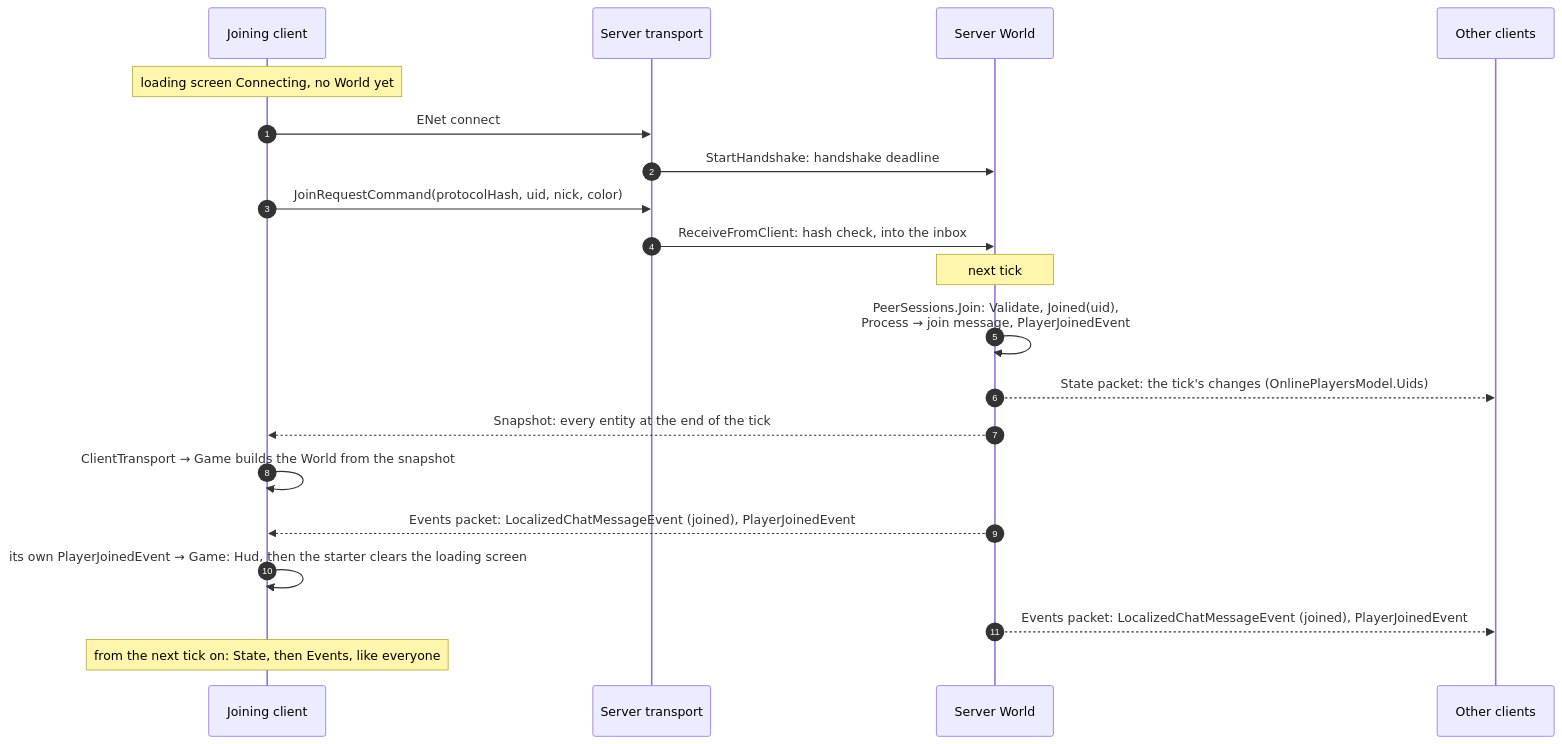
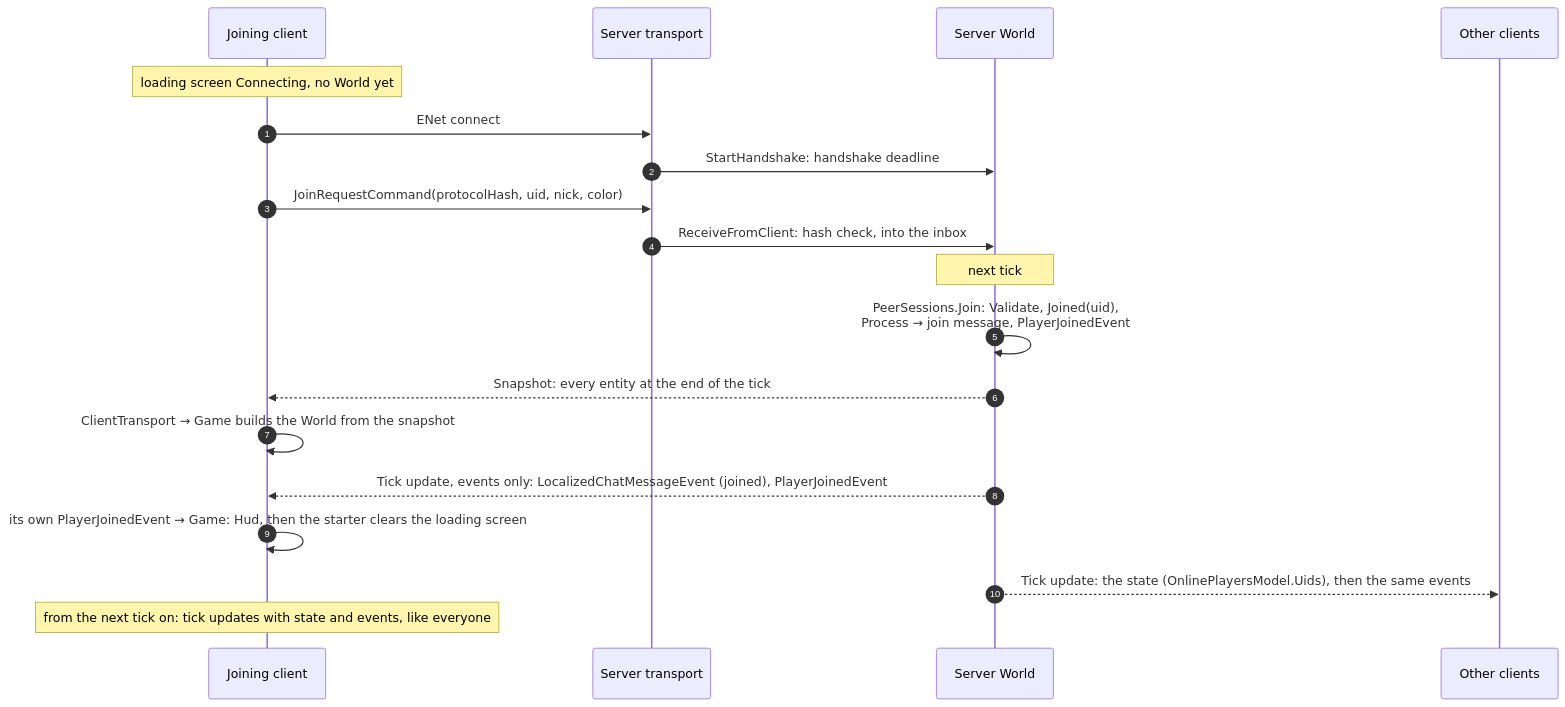
The diagram in Docs/Networking.md (AbroGames/NeonWarfare), drawn with Mermaid before and after one commit. The commit also changed other lines of this file and 33 other files, not shown here.

Commit message:
Add tick number to packet, packet refactoring

````diff
--- a/Docs/Networking.md
+++ b/Docs/Networking.md
@@ -121,23 +121,22 @@
 ```mermaid
 sequenceDiagram
     autonumber
     participant C as Joining client
     participant G as Server transport
     participant W as Server World
     participant O as Other clients
 
     Note over C: loading screen Connecting, no World yet
     C->>G: ENet connect
     G->>W: StartHandshake: handshake deadline
     C->>G: JoinRequestCommand(protocolHash, uid, nick, color)
     G->>W: ReceiveFromClient: hash check, into the inbox
     Note over W: next tick
     W->>W: PeerSessions.Join: Validate, Joined(uid),<br/>Process → join message, PlayerJoinedEvent
-    W-->>O: State packet: the tick's changes (OnlinePlayersModel.Uids)
     W-->>C: Snapshot: every entity at the end of the tick
     C->>C: ClientTransport → Game builds the World from the snapshot
-    W-->>C: Events packet: LocalizedChatMessageEvent (joined), PlayerJoinedEvent
+    W-->>C: Tick update, events only: LocalizedChatMessageEvent (joined), PlayerJoinedEvent
     C->>C: its own PlayerJoinedEvent → Game: Hud, then the starter clears the loading screen
-    W-->>O: Events packet: LocalizedChatMessageEvent (joined), PlayerJoinedEvent
-    Note over C: from the next tick on: State, then Events, like everyone
+    W-->>O: Tick update: the state (OnlinePlayersModel.Uids), then the same events
+    Note over C: from the next tick on: tick updates with state and events, like everyone
 ```
````
